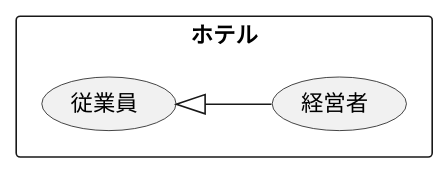
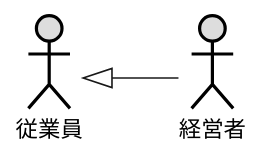
The diagram in 演習2-2_ホテル従業員.pu (Tackey-11/uml-intro), drawn with PlantUML before and after one commit.

Commit message:
演習2-2追記

```diff
--- a/演習2-2_ホテル従業員.pu
+++ b/演習2-2_ホテル従業員.pu
@@ -1,10 +1,8 @@
 @startuml ユースケース図
 left to right direction
 
-rectangle ホテル {
-    usecase 従業員
-    usecase 経営者
-}
+actor 従業員#DDDDDD;line:black;line.bold;
+actor 経営者#DDDDDD;line:black;line.bold;
 
 従業員<|-- 経営者
 @enduml
```
